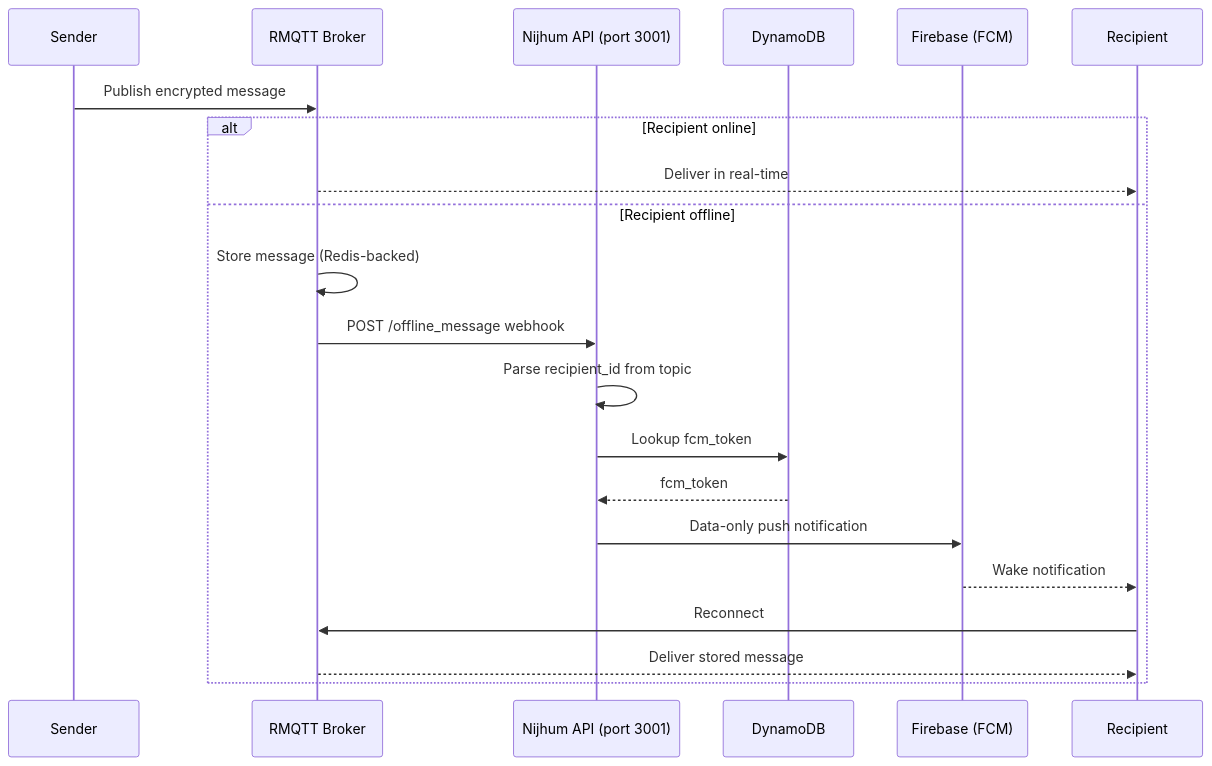
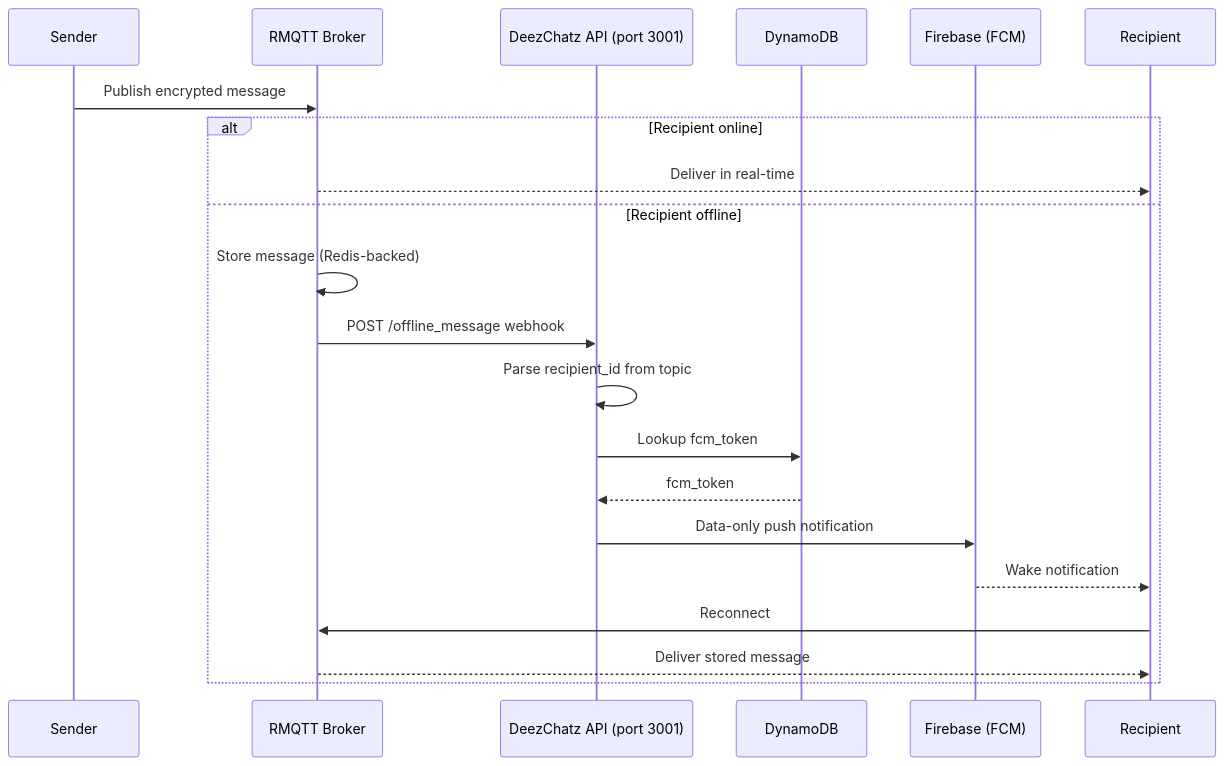
The second of 2 diagrams in docs/architecture.md (debarkamondal/khamoshchat-api), drawn with Mermaid before and after one commit. The commit also changed other lines of this file and 11 other files, not shown here.

````diff
--- a/docs/architecture.md
+++ b/docs/architecture.md
@@ -159,25 +159,25 @@
 ```mermaid
 sequenceDiagram
     participant A as Sender
     participant M as RMQTT Broker
-    participant S as Nijhum API (port 3001)
+    participant S as DeezChatz API (port 3001)
     participant D as DynamoDB
     participant F as Firebase (FCM)
     participant B as Recipient
 
     A->>M: Publish encrypted message
 
     alt Recipient online
         M-->>B: Deliver in real-time
     else Recipient offline
         M->>M: Store message (Redis-backed)
         M->>S: POST /offline_message webhook
         S->>S: Parse recipient_id from topic
         S->>D: Lookup fcm_token
         D-->>S: fcm_token
         S->>F: Data-only push notification
         F-->>B: Wake notification
         B->>M: Reconnect
         M-->>B: Deliver stored message
     end
 ```
````
